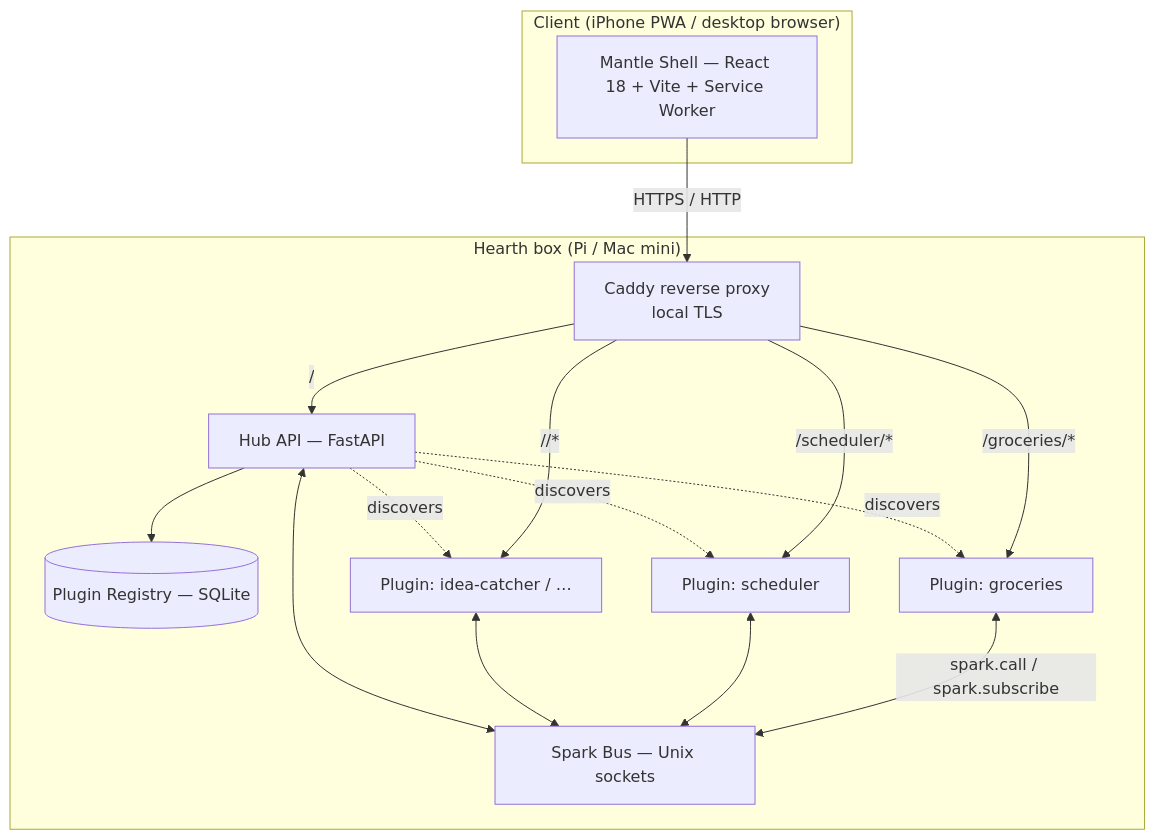
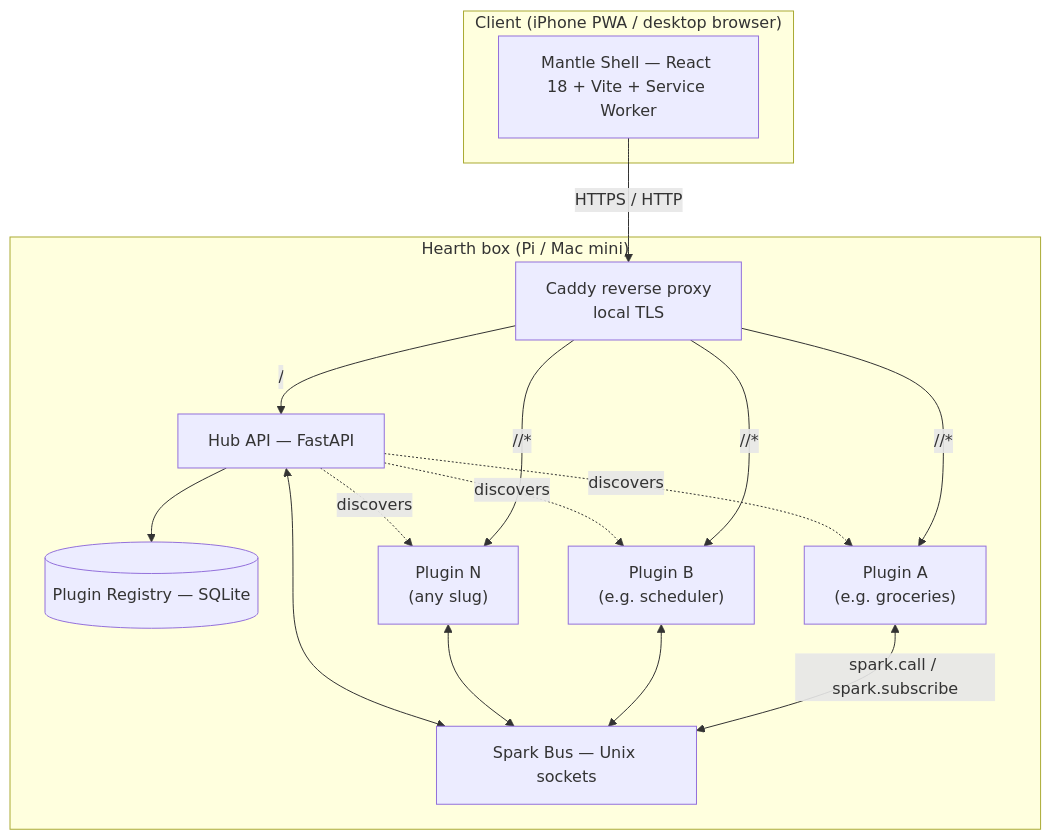
The first of 4 diagrams in docs/design/architecture/overview.md (mcelhennyi/hearth), drawn with Mermaid before and after one commit. The commit also changed other lines of this file and 16 other files, not shown here.

````diff
--- a/docs/design/architecture/overview.md
+++ b/docs/design/architecture/overview.md
@@ -13,32 +27,32 @@
 ```mermaid
 graph TB
   subgraph Client["Client (iPhone PWA / desktop browser)"]
     UI[Mantle Shell — React 18 + Vite + Service Worker]
   end
 
   subgraph Edge["Hearth box (Pi / Mac mini)"]
     NGINX[Caddy reverse proxy<br/>local TLS]
     HUB[Hub API — FastAPI]
     REG[(Plugin Registry — SQLite)]
     BUS[Spark Bus — Unix sockets]
-    P1[Plugin: groceries]
-    P2[Plugin: scheduler]
-    PN[Plugin: idea-catcher / …]
+    P1["Plugin A<br/>(e.g. groceries)"]
+    P2["Plugin B<br/>(e.g. scheduler)"]
+    PN["Plugin N<br/>(any slug)"]
   end
 
   UI -->|HTTPS / HTTP| NGINX
   NGINX -->|/| HUB
-  NGINX -->|/groceries/*| P1
-  NGINX -->|/scheduler/*| P2
+  NGINX -->|/<slug-a>/*| P1
+  NGINX -->|/<slug-b>/*| P2
   NGINX -->|/<slug>/*| PN
 
   HUB --> REG
   HUB -.discovers.-> P1
   HUB -.discovers.-> P2
   HUB -.discovers.-> PN
 
   P1 <-->|spark.call / spark.subscribe| BUS
   P2 <--> BUS
   PN <--> BUS
   HUB <--> BUS
 ```
````
